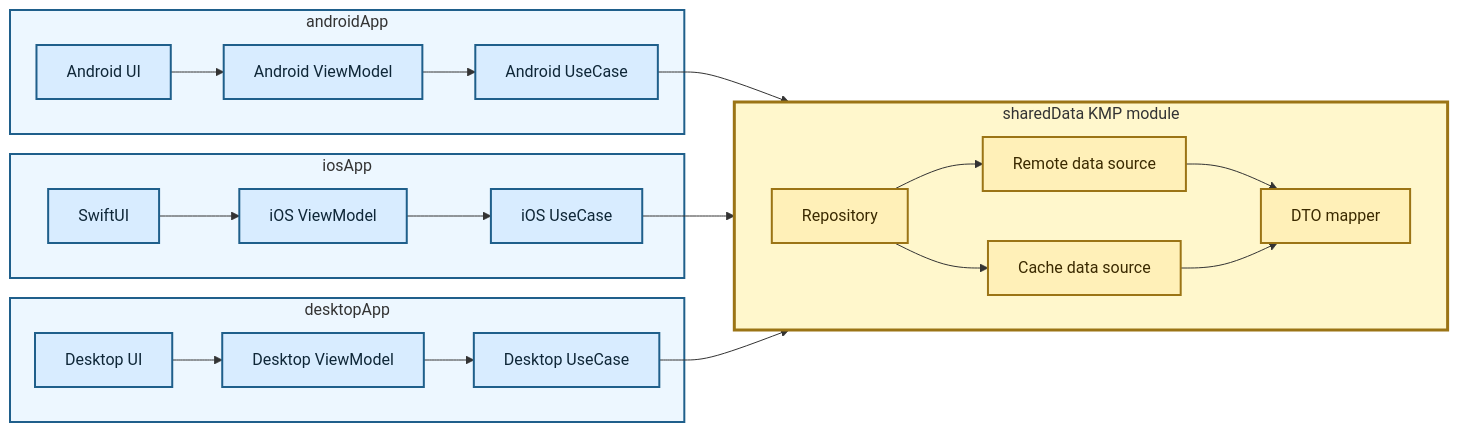
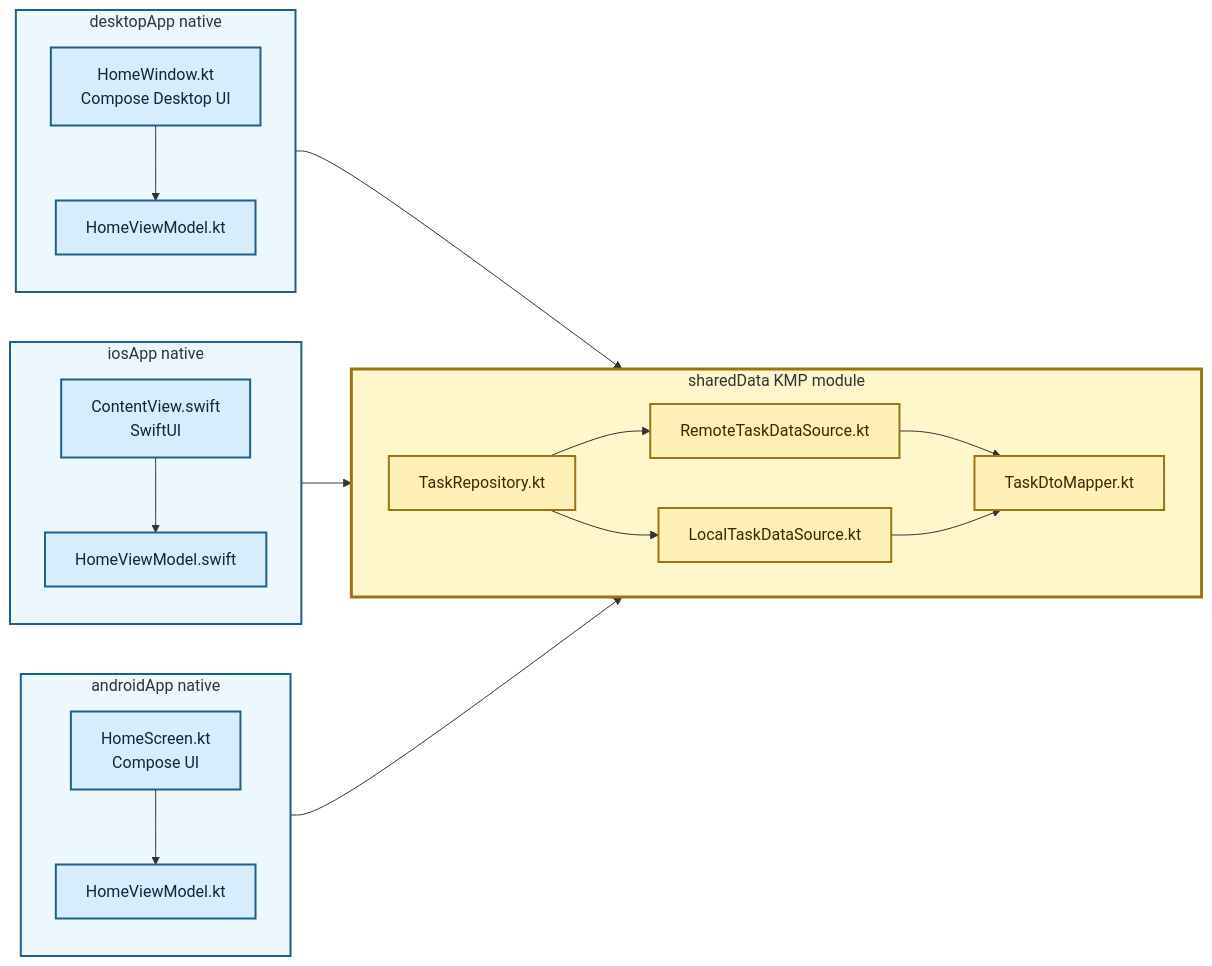
Before and after one commit to TheSetox/kmp-sample-diagrams: the diagram in diagrams/05-kmp-data-layer.md, drawn with Mermaid. The commit also changed other lines of this file and 28 other files, not shown here.

Commit message:
docs: reassess diagram layer boundaries

````diff
--- a/diagrams/05-kmp-data-layer.md
+++ b/diagrams/05-kmp-data-layer.md
@@ -5,48 +5,48 @@
 ```mermaid
 flowchart LR
-  subgraph Android["androidApp"]
-    AUI["Android UI"]
-    AVM["Android ViewModel"]
-    AUseCase["Android UseCase"]
-    AUI --> AVM --> AUseCase
+  subgraph Android["androidApp native"]
+    direction TB
+    AUI["HomeScreen.kt\nCompose UI"]
+    AVM["HomeViewModel.kt"]
+    AUI --> AVM
   end
 
-  subgraph IOS["iosApp"]
-    IUI["SwiftUI"]
-    IVM["iOS ViewModel"]
-    IUseCase["iOS UseCase"]
-    IUI --> IVM --> IUseCase
+  subgraph IOS["iosApp native"]
+    direction TB
+    IUI["ContentView.swift\nSwiftUI"]
+    IVM["HomeViewModel.swift"]
+    IUI --> IVM
   end
 
-  subgraph Desktop["desktopApp"]
-    DUI["Desktop UI"]
-    DVM["Desktop ViewModel"]
-    DUseCase["Desktop UseCase"]
-    DUI --> DVM --> DUseCase
+  subgraph Desktop["desktopApp native"]
+    direction TB
+    DUI["HomeWindow.kt\nCompose Desktop UI"]
+    DVM["HomeViewModel.kt"]
+    DUI --> DVM
   end
 
   subgraph KMP["sharedData KMP module"]
     direction LR
-    Repository["Repository"]
-    Remote["Remote data source"]
-    Cache["Cache data source"]
-    Mapper["DTO mapper"]
+    Repository["TaskRepository.kt"]
+    Remote["RemoteTaskDataSource.kt"]
+    Cache["LocalTaskDataSource.kt"]
+    Mapper["TaskDtoMapper.kt"]
     Repository --> Remote
     Repository --> Cache
     Remote --> Mapper
     Cache --> Mapper
   end
 
-  AUseCase --> Repository
-  IUseCase --> Repository
-  DUseCase --> Repository
+  AVM --> Repository
+  IVM --> Repository
+  DVM --> Repository
 
   classDef app fill:#d8ecff,stroke:#1f5f8b,color:#0f2738,stroke-width:2px;
   classDef kmp fill:#fff0b8,stroke:#9b7415,color:#3b2a00,stroke-width:2px;
-  class AUI,AVM,AUseCase,IUI,IVM,IUseCase,DUI,DVM,DUseCase app;
+  class AUI,AVM,IUI,IVM,DUI,DVM app;
   class Repository,Remote,Cache,Mapper kmp;
   style Android fill:#edf7ff,stroke:#1f5f8b,stroke-width:2px
   style IOS fill:#edf7ff,stroke:#1f5f8b,stroke-width:2px
   style Desktop fill:#edf7ff,stroke:#1f5f8b,stroke-width:2px
   style KMP fill:#fff7cc,stroke:#9b7415,stroke-width:3px
 ```
````
